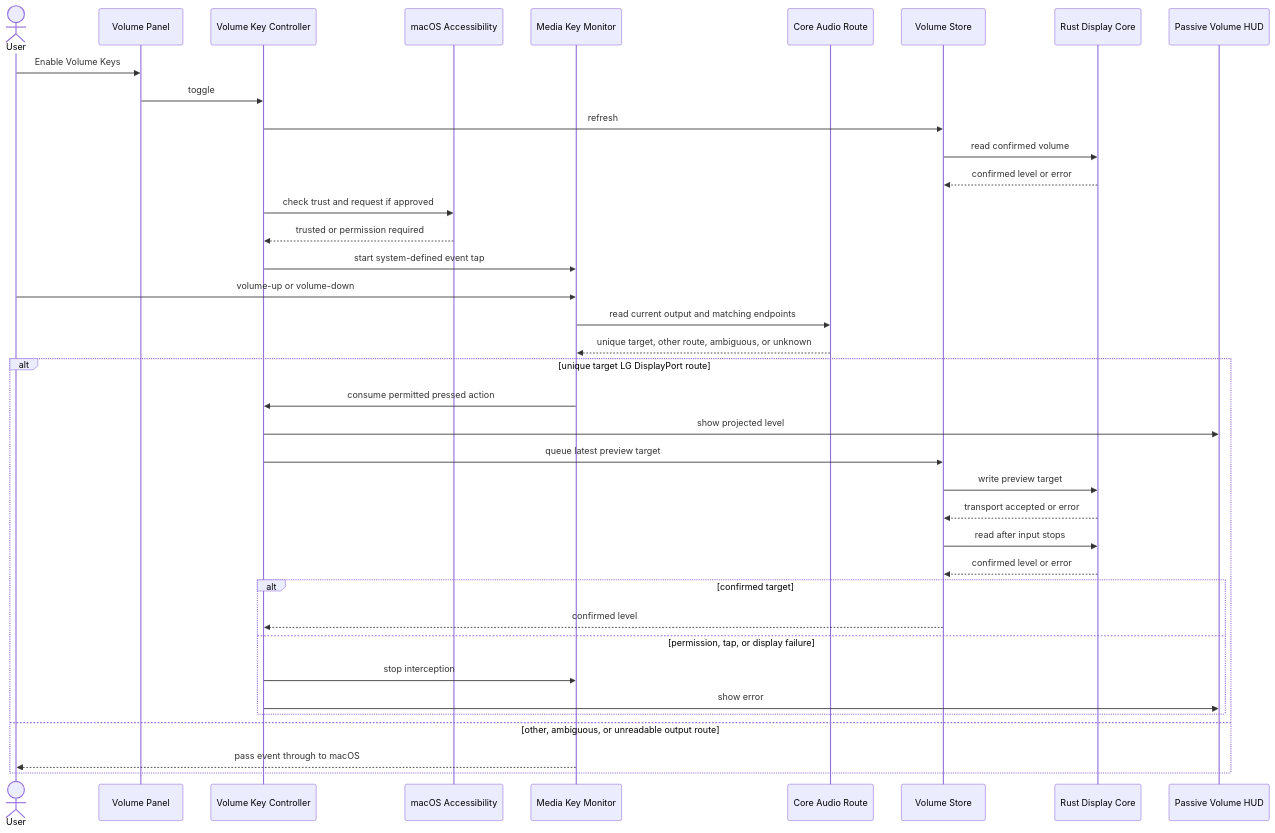
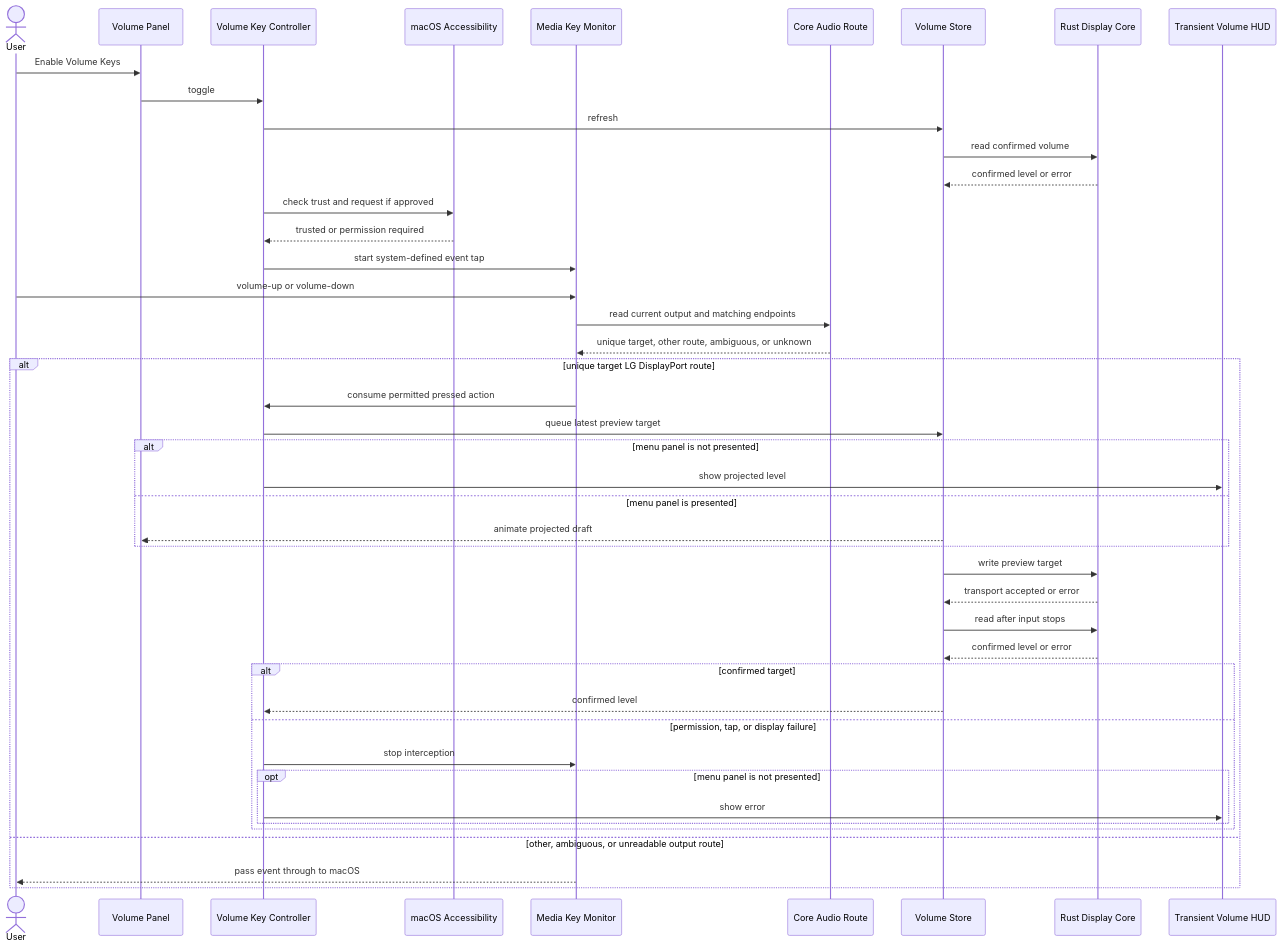
The second of 2 diagrams in openwiki/architecture-and-runtime.md (acg-box/deskhelm), drawn with Mermaid before and after one commit. The commit also changed other lines of this file and 17 other files, not shown here.

Commit message:
{"schema":"decodex/commit/2","change":"Repair Liquid Glass HUD and volume animations","authority":"manual","impact":"compatible"}

````diff
--- a/openwiki/architecture-and-runtime.md
+++ b/openwiki/architecture-and-runtime.md
@@ -156,41 +156,47 @@
 ```mermaid
 sequenceDiagram
     actor User
     participant Panel as Volume Panel
     participant VKC as Volume Key Controller
     participant AX as macOS Accessibility
     participant Tap as Media Key Monitor
     participant Audio as Core Audio Route
     participant Store as Volume Store
     participant Core as Rust Display Core
-    participant HUD as Passive Volume HUD
+    participant HUD as Transient Volume HUD
 
     User->>Panel: Enable Volume Keys
     Panel->>VKC: toggle
     VKC->>Store: refresh
     Store->>Core: read confirmed volume
     Core-->>Store: confirmed level or error
     VKC->>AX: check trust and request if approved
     AX-->>VKC: trusted or permission required
     VKC->>Tap: start system-defined event tap
     User->>Tap: volume-up or volume-down
     Tap->>Audio: read current output and matching endpoints
     Audio-->>Tap: unique target, other route, ambiguous, or unknown
     alt unique target LG DisplayPort route
         Tap->>VKC: consume permitted pressed action
-        VKC->>HUD: show projected level
         VKC->>Store: queue latest preview target
+        alt menu panel is not presented
+            VKC->>HUD: show projected level
+        else menu panel is presented
+            Store-->>Panel: animate projected draft
+        end
         Store->>Core: write preview target
         Core-->>Store: transport accepted or error
         Store->>Core: read after input stops
         Core-->>Store: confirmed level or error
         alt confirmed target
             Store-->>VKC: confirmed level
         else permission, tap, or display failure
             VKC->>Tap: stop interception
-            VKC->>HUD: show error
+            opt menu panel is not presented
+                VKC->>HUD: show error
+            end
         end
     else other, ambiguous, or unreadable output route
         Tap-->>User: pass event through to macOS
     end
 ```
````
